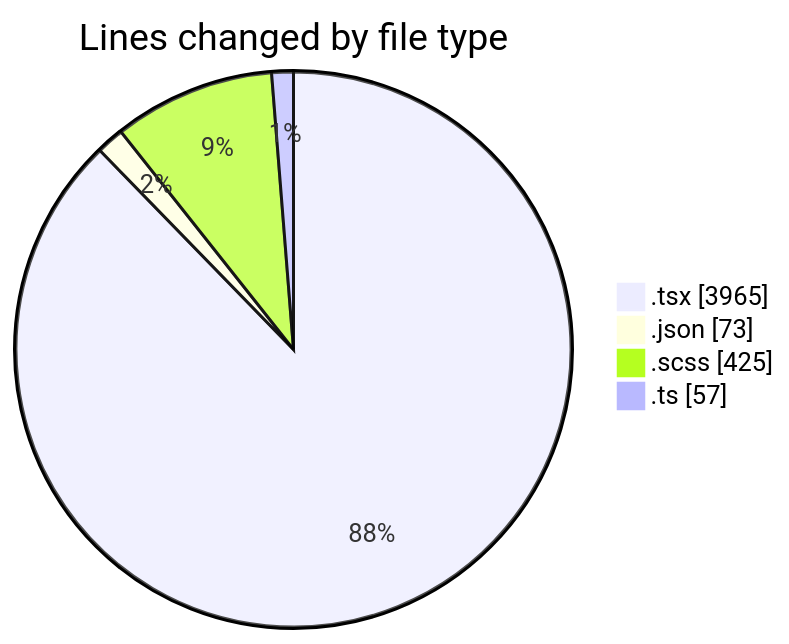
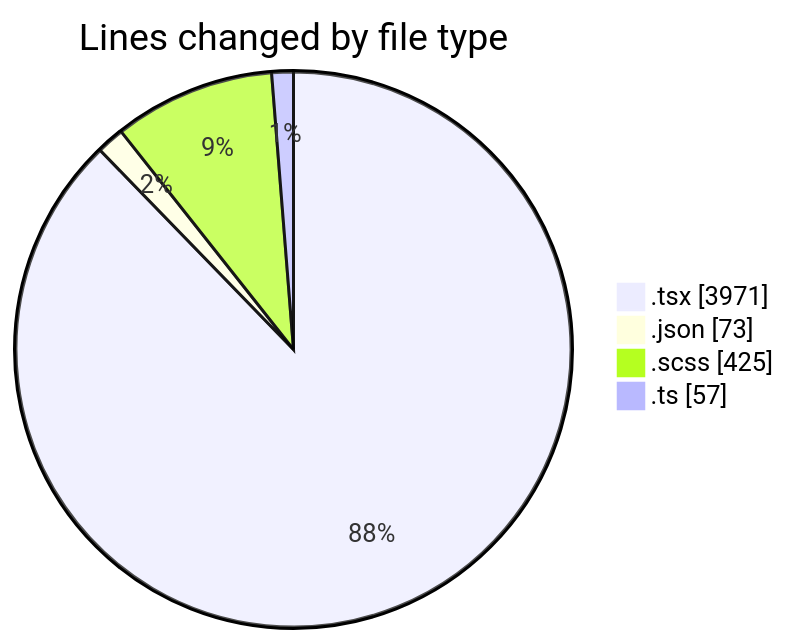
One commit to momahboobian/code-tracking changed the first of 2 diagrams in 2025-10-02/cda/README.md. Above: the diagram before and after it, drawn with Mermaid. The commit also changed other lines of this file and 1 other file, not shown here.

````diff
--- a/2025-10-02/cda/README.md
+++ b/2025-10-02/cda/README.md
@@ -29,8 +29,8 @@
 ```mermaid
 pie showData
 title Lines changed by file type
-".tsx" : 3965
+".tsx" : 3971
 ".json" : 73
 ".scss" : 425
 ".ts" : 57
 ```
````
